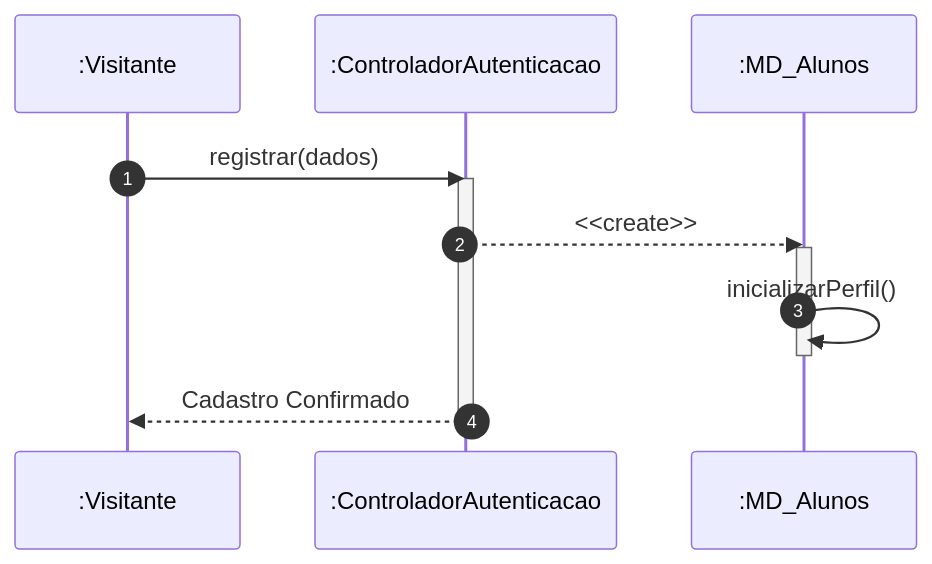
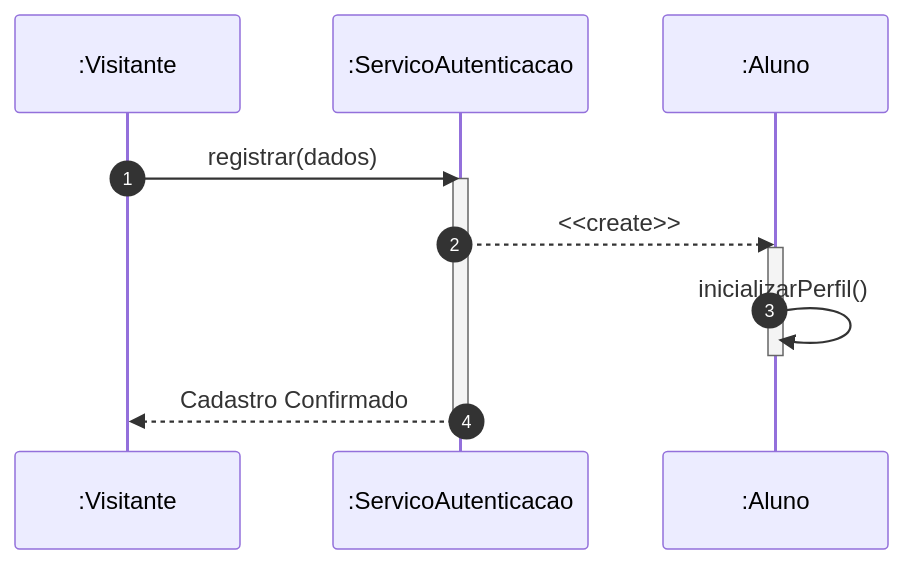
The second of 2 diagrams in PIM_III/02_Modelagem_UML_Astah/UC02_Cadastrar_Usuario/README.md (MayconDIS/PIM_III-Documentacao_UML), drawn with Mermaid before and after one commit. The commit also changed other lines of this file and 86 other files, not shown here.

Commit message:
docs(uml): add comprehensive UML diagrams and tutorials for all 15 use cases

````diff
--- a/PIM_III/02_Modelagem_UML_Astah/UC02_Cadastrar_Usuario/README.md
+++ b/PIM_III/02_Modelagem_UML_Astah/UC02_Cadastrar_Usuario/README.md
@@ -57,15 +57,15 @@
 ```mermaid
 sequenceDiagram
     autonumber
     participant V as :Visitante
-    participant C as :ControladorAutenticacao
-    participant A as :MD_Alunos
+    participant C as :ServicoAutenticacao
+    participant A as :Aluno
     V->>C: registrar(dados)
     activate C
     C-->>A: <<create>>
     activate A
     A->>A: inicializarPerfil()
     deactivate A
     C-->>V: Cadastro Confirmado
     deactivate C
 ```
````
